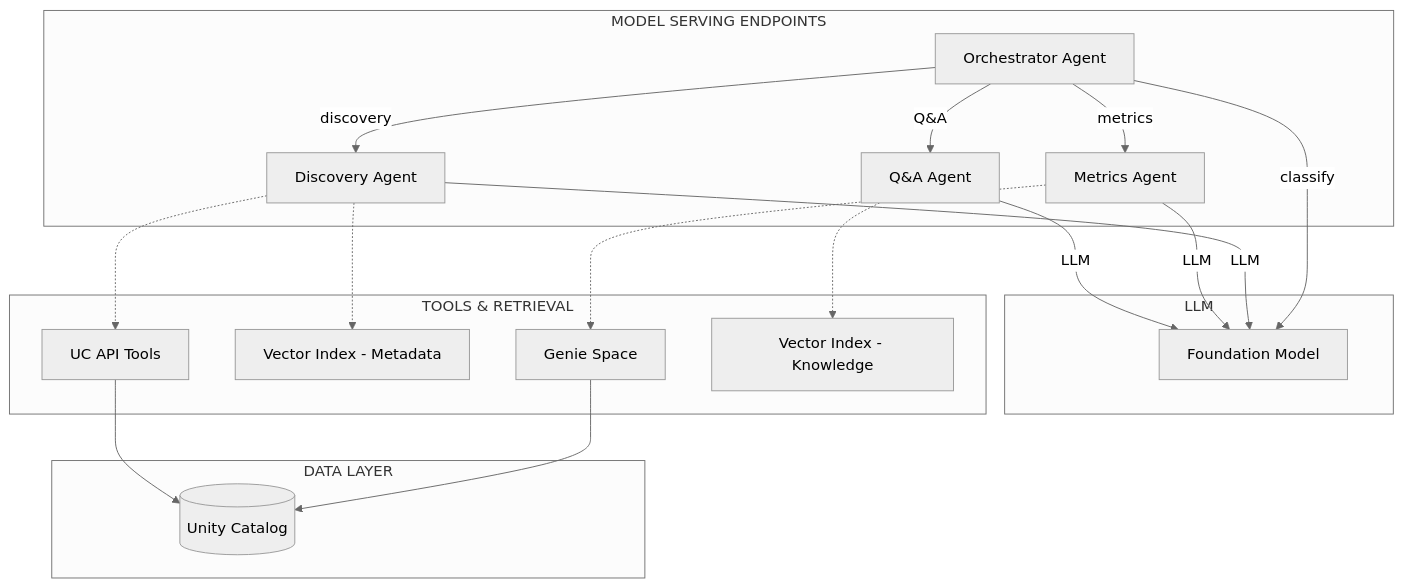
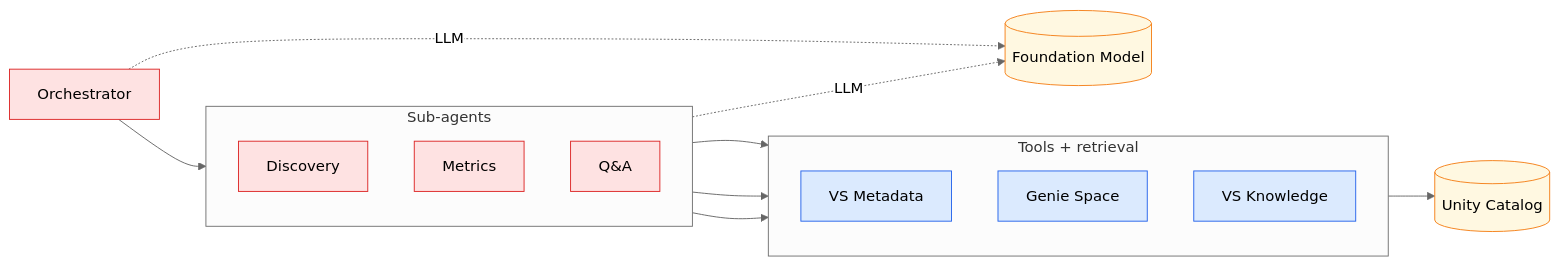
Before and after one commit to guanjieshen/uc-data-advisor: the diagram in README.md, drawn with Mermaid (neutral theme). The commit also changed other lines of this file and 6 other files, not shown here.

First line of the commit message:
Add Pattern B architecture docs; tighten Mermaid diagrams; untrack .claude

````diff
--- a/README.md
+++ b/README.md
@@ -7,41 +7,37 @@
 ```mermaid
-flowchart TB
-    subgraph SERVING["MODEL SERVING ENDPOINTS"]
-        ORCH[Orchestrator Agent]
-        DA[Discovery Agent]
-        DM[Metrics Agent]
-        QA[Q&A Agent]
-    end
+flowchart LR
+  ORCH[Orchestrator]
 
-    subgraph LLM["LLM"]
-        CLAUDE[Foundation Model]
-    end
+  subgraph AGENTS["Sub-agents"]
+    direction TB
+    DA[Discovery]
+    DM[Metrics]
+    QA[Q&A]
+  end
 
-    subgraph TOOLS["TOOLS & RETRIEVAL"]
-        UC_API[UC API Tools]
-        VS1[Vector Index - Metadata]
-        GENIE[Genie Space]
-        VS2[Vector Index - Knowledge]
-    end
+  subgraph TOOLS["Tools + retrieval"]
+    direction TB
+    VS1[VS Metadata]
+    GENIE[Genie Space]
+    VS2[VS Knowledge]
+  end
 
-    subgraph DATA["DATA LAYER"]
-        UCat[(Unity Catalog)]
-    end
+  UCat[(Unity Catalog)]
+  CLAUDE[(Foundation Model)]
 
-    ORCH -->|discovery| DA
-    ORCH -->|metrics| DM
-    ORCH -->|Q&A| QA
-    ORCH -->|classify| CLAUDE
+  ORCH --> AGENTS
+  DA --> VS1
+  DM --> GENIE
+  QA --> VS2
+  TOOLS --> UCat
 
-    DA -->|LLM| CLAUDE
-    DM -->|LLM| CLAUDE
-    QA -->|LLM| CLAUDE
+  ORCH -.->|LLM| CLAUDE
+  AGENTS -.->|LLM| CLAUDE
 
-    DA -.-> UC_API
-    DA -.-> VS1
-    DM -.-> GENIE
-    QA -.-> VS2
-
-    GENIE --> UCat
-    UC_API --> UCat
+  classDef ep fill:#fee2e2,stroke:#dc2626,color:#000
+  classDef tool fill:#dbeafe,stroke:#2563eb,color:#000
+  classDef store fill:#fff8e1,stroke:#f57f17,color:#000
+  class ORCH,DA,DM,QA ep
+  class VS1,GENIE,VS2 tool
+  class UCat,CLAUDE store
 ```
````
